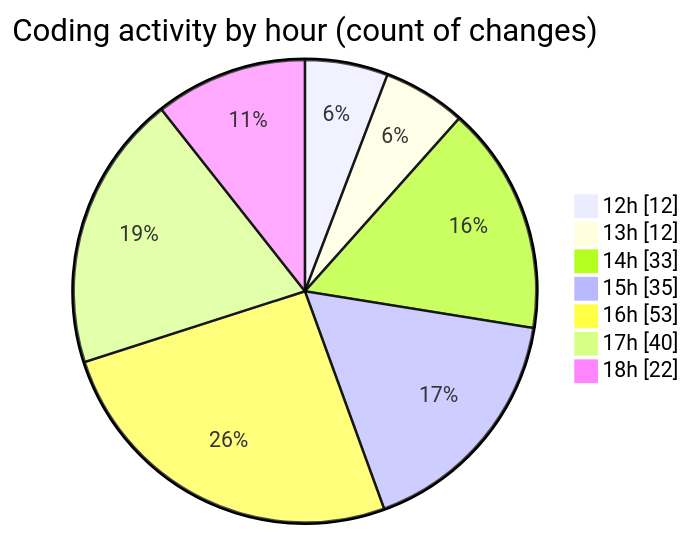
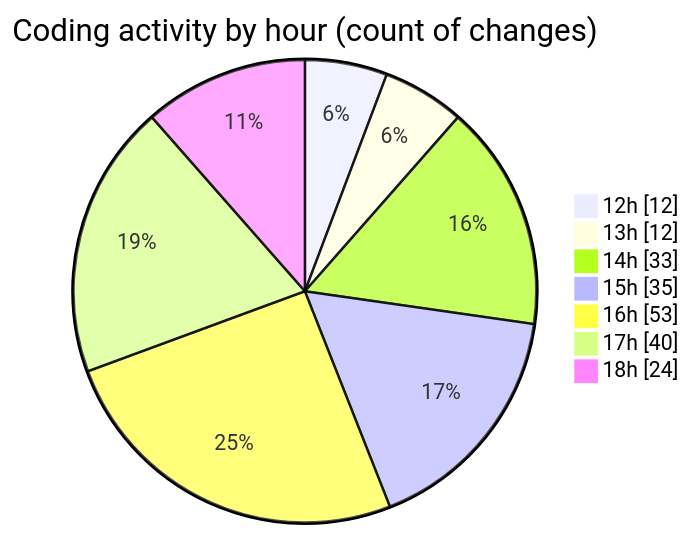
The second of 2 diagrams in 2025-09-24/cda/README.md (momahboobian/code-tracking), drawn with Mermaid before and after one commit. The commit also changed other lines of this file and 1 other file, not shown here.

````diff
--- a/2025-09-24/cda/README.md
+++ b/2025-09-24/cda/README.md
@@ -45,11 +45,11 @@
 ```mermaid
 pie showData
 title Coding activity by hour (count of changes)
 "12h" : 12
 "13h" : 12
 "14h" : 33
 "15h" : 35
 "16h" : 53
 "17h" : 40
-"18h" : 22
+"18h" : 24
 ```
````
